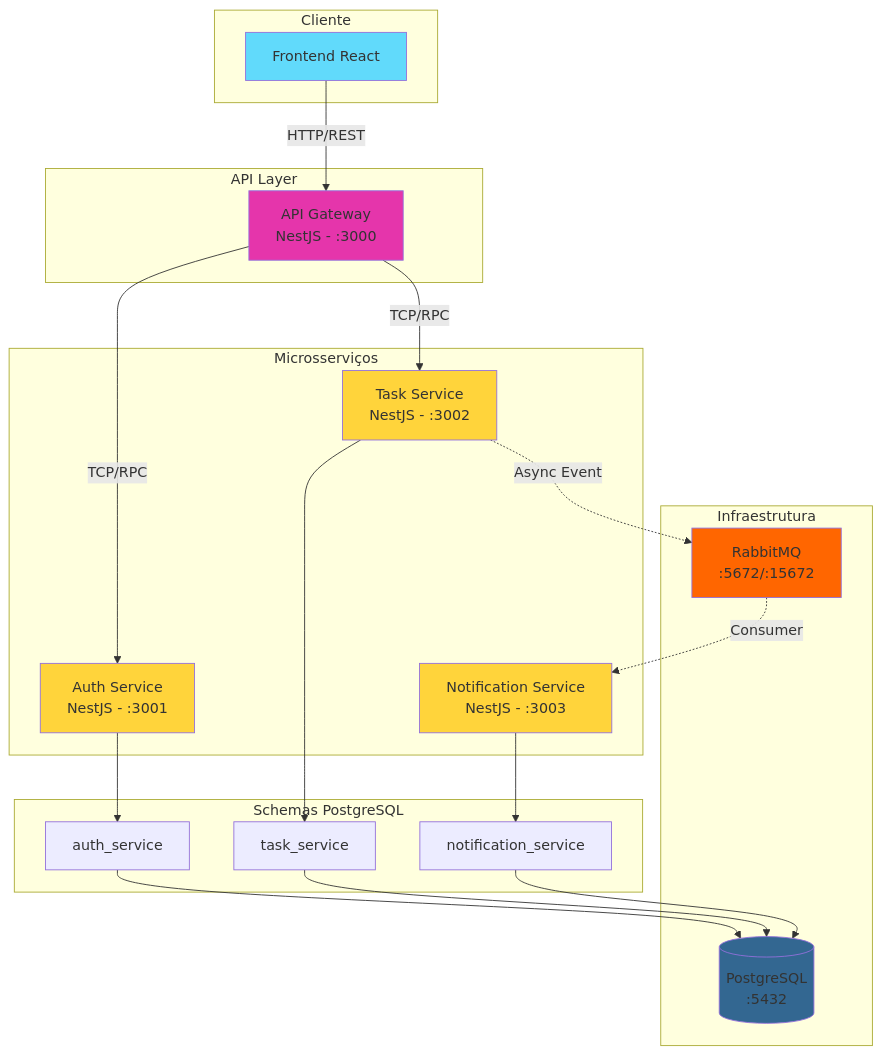
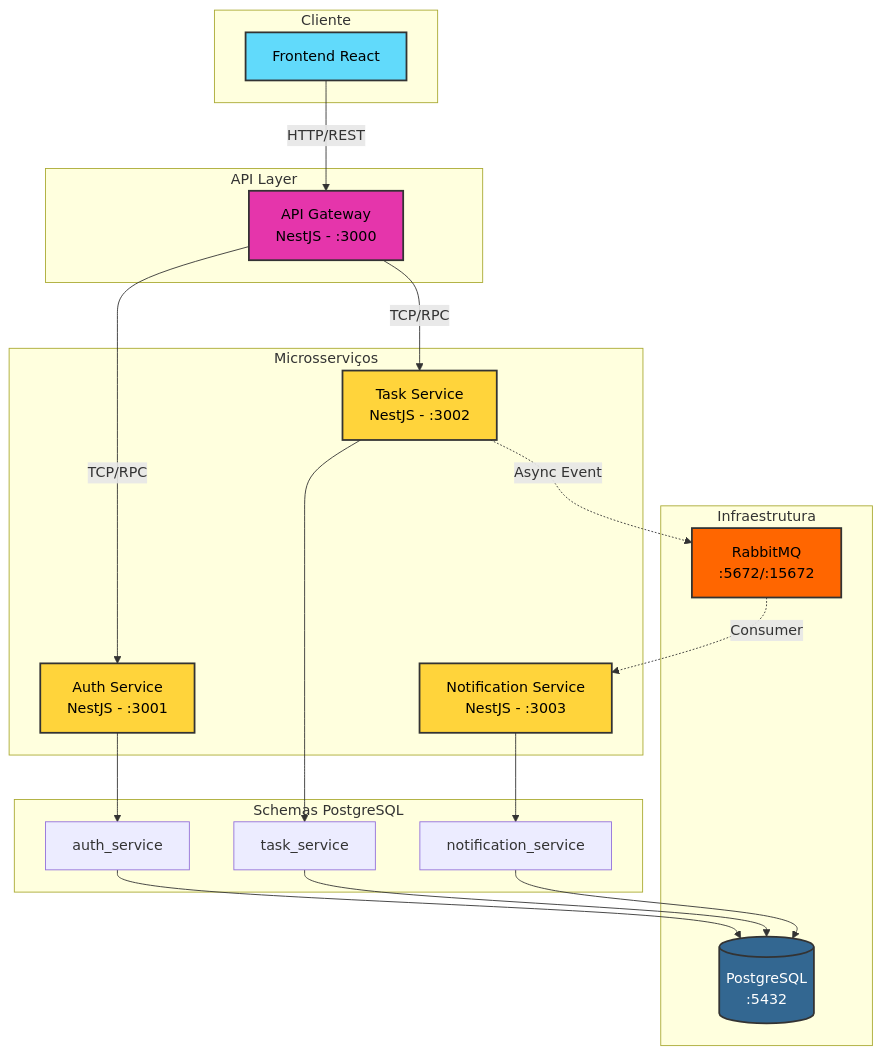
The first of 2 diagrams in README.md (thiagoDOTjpeg/fullstack-challenge), drawn with Mermaid before and after one commit. The commit also changed other lines of this file, not shown here.

````diff
--- a/README.md
+++ b/README.md
@@ -5,50 +5,50 @@
 ```mermaid
 graph TB
     subgraph "Cliente"
         FE[Frontend React]
     end
 
     subgraph "API Layer"
         GW[API Gateway<br/>NestJS - :3000]
     end
 
     subgraph "Microsserviços"
         AUTH[Auth Service<br/>NestJS - :3001]
         TASK[Task Service<br/>NestJS - :3002]
         NOTIF[Notification Service<br/>NestJS - :3003]
     end
 
     subgraph "Infraestrutura"
         PG[(PostgreSQL<br/>:5432)]
         RMQ[RabbitMQ<br/>:5672/:15672]
     end
 
     subgraph "Schemas PostgreSQL"
         AUTH_SCHEMA[auth_service]
         TASK_SCHEMA[task_service]
         NOTIF_SCHEMA[notification_service]
     end
 
     FE -->|HTTP/REST| GW
     GW -->|TCP/RPC| AUTH
     GW -->|TCP/RPC| TASK
 
     TASK -.->|Async Event| RMQ
     RMQ -.->|Consumer| NOTIF
 
     AUTH --> AUTH_SCHEMA
     TASK --> TASK_SCHEMA
     NOTIF --> NOTIF_SCHEMA
 
     AUTH_SCHEMA --> PG
     TASK_SCHEMA --> PG
     NOTIF_SCHEMA --> PG
 
-    style FE fill:#61dafb
-    style GW fill:#e535ab
-    style AUTH fill:#ffd43b
-    style TASK fill:#ffd43b
-    style NOTIF fill:#ffd43b
-    style PG fill:#336791
-    style RMQ fill:#ff6600
+    style FE fill:#61dafb,stroke:#333,stroke-width:2px,color:#000
+    style GW fill:#e535ab,stroke:#333,stroke-width:2px,color:#000
+    style AUTH fill:#ffd43b,stroke:#333,stroke-width:2px,color:#000
+    style TASK fill:#ffd43b,stroke:#333,stroke-width:2px,color:#000
+    style NOTIF fill:#ffd43b,stroke:#333,stroke-width:2px,color:#000
+    style PG fill:#336791,stroke:#333,stroke-width:2px,color:#fff
+    style RMQ fill:#ff6600,stroke:#333,stroke-width:2px,color:#000
 ```
````
